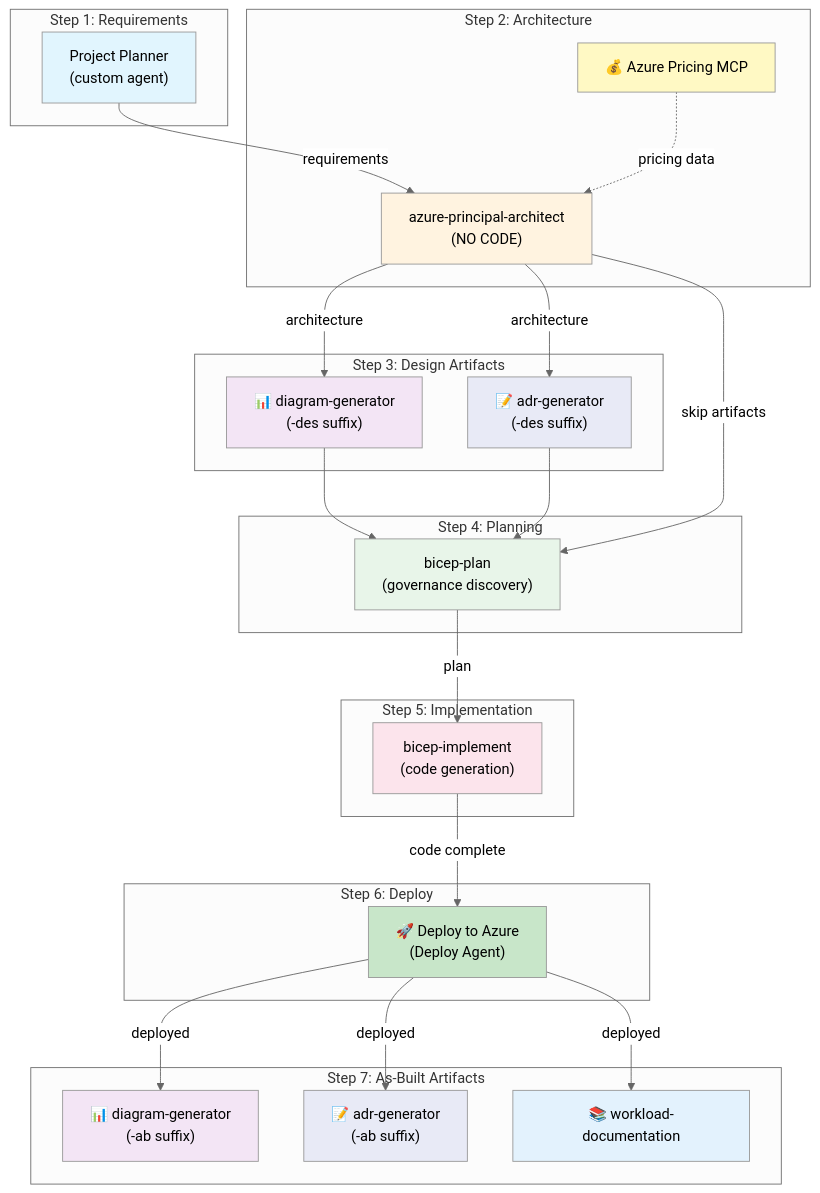
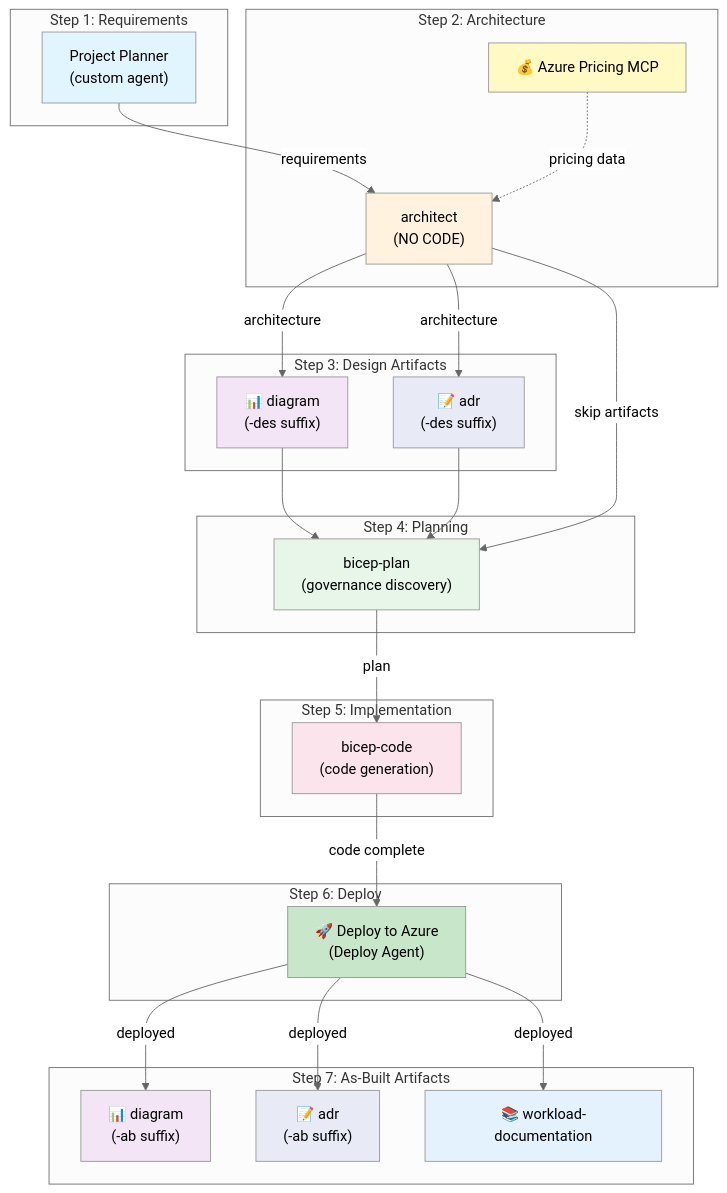
The first of 2 diagrams in docs/_superseded/reference/workflow.md (SmitaCnovate/azure-agentic-infraops), drawn with Mermaid before and after one commit. The commit also changed other lines of this file and 102 other files, not shown here.

````diff
--- a/docs/_superseded/reference/workflow.md
+++ b/docs/_superseded/reference/workflow.md
@@ -27,60 +27,60 @@
 ```mermaid
 %%{init: {'theme':'neutral'}}%%
 graph TB
     subgraph "Step 1: Requirements"
         P["Project Planner<br/>(custom agent)"]
     end
 
     subgraph "Step 2: Architecture"
-        A["azure-principal-architect<br/>(NO CODE)"]
+        A["architect<br/>(NO CODE)"]
         MCP["💰 Azure Pricing MCP"]
     end
 
     subgraph "Step 3: Design Artifacts"
-        D["📊 diagram-generator<br/>(-des suffix)"]
-        ADR1["📝 adr-generator<br/>(-des suffix)"]
+        D["📊 diagram<br/>(-des suffix)"]
+        ADR1["📝 adr<br/>(-des suffix)"]
     end
 
     subgraph "Step 4: Planning"
         B["bicep-plan<br/>(governance discovery)"]
     end
 
     subgraph "Step 5: Implementation"
-        I["bicep-implement<br/>(code generation)"]
+        I["bicep-code<br/>(code generation)"]
     end
 
     subgraph "Step 6: Deploy"
         DEP["🚀 Deploy to Azure<br/>(Deploy Agent)"]
     end
 
     subgraph "Step 7: As-Built Artifacts"
-        D2["📊 diagram-generator<br/>(-ab suffix)"]
-        ADR2["📝 adr-generator<br/>(-ab suffix)"]
+        D2["📊 diagram<br/>(-ab suffix)"]
+        ADR2["📝 adr<br/>(-ab suffix)"]
         WL["📚 workload-documentation"]
     end
 
     P -->|"requirements"| A
     MCP -.->|"pricing data"| A
     A -->|"architecture"| D
     A -->|"architecture"| ADR1
     D --> B
     ADR1 --> B
     A -->|"skip artifacts"| B
     B -->|"plan"| I
     I -->|"code complete"| DEP
     DEP -->|"deployed"| D2
     DEP -->|"deployed"| ADR2
     DEP -->|"deployed"| WL
 
     style P fill:#e1f5fe
     style A fill:#fff3e0
     style MCP fill:#fff9c4
     style D fill:#f3e5f5
     style ADR1 fill:#e8eaf6
     style B fill:#e8f5e9
     style I fill:#fce4ec
     style DEP fill:#c8e6c9
     style D2 fill:#f3e5f5
     style ADR2 fill:#e8eaf6
     style WL fill:#e3f2fd
 ```
````
